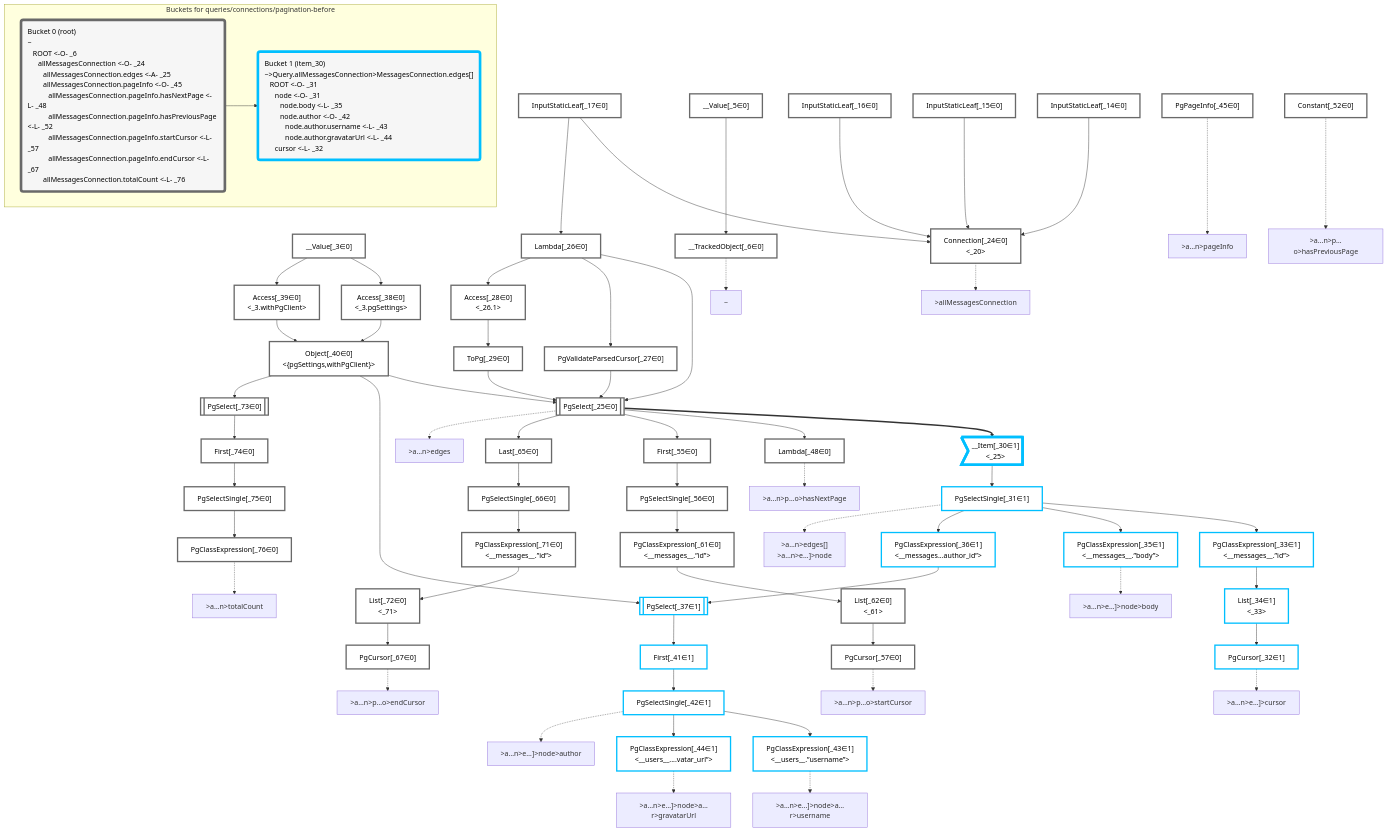
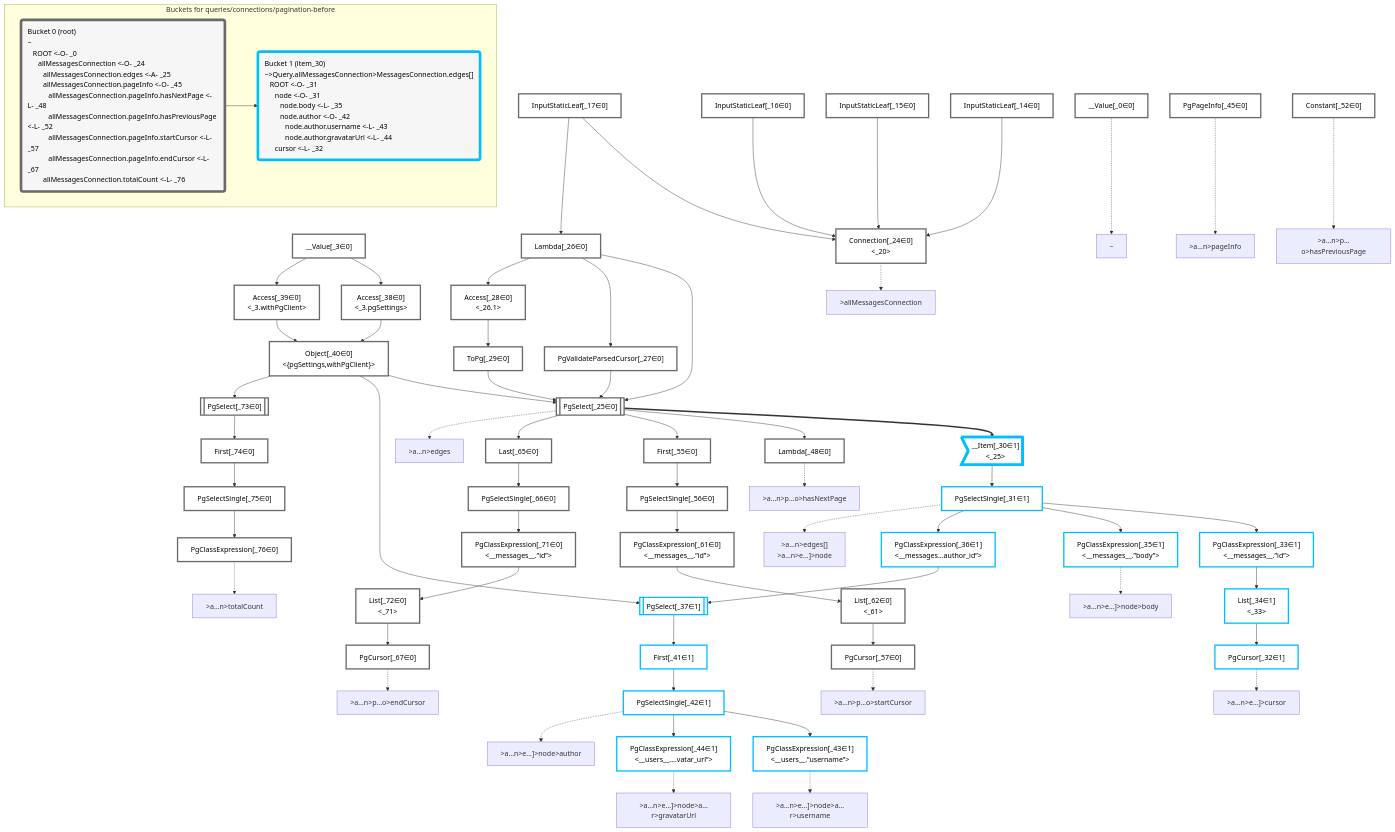
Before and after one commit to graphile/crystal: the diagram in packages/dataplan-pg/__tests__/queries/connections/pagination-before.deopt.mermaid.md, drawn with Mermaid. The commit also changed 193 other files, not shown here.

Commit message:
Update test plan snapshots with new root plan

```diff
--- a/packages/dataplan-pg/__tests__/queries/connections/pagination-before.deopt.mermaid.md
+++ b/packages/dataplan-pg/__tests__/queries/connections/pagination-before.deopt.mermaid.md
@@ -8,9 +8,8 @@
 
 
     %% define plans
+    __Value_0["__Value[_0∈0]"]:::plan
     __Value_3["__Value[_3∈0]<br /><context>"]:::plan
-    __Value_5["__Value[_5∈0]<br /><rootValue>"]:::plan
-    __TrackedObject_6["__TrackedObject[_6∈0]"]:::plan
     InputStaticLeaf_14["InputStaticLeaf[_14∈0]"]:::plan
     InputStaticLeaf_15["InputStaticLeaf[_15∈0]"]:::plan
     InputStaticLeaf_16["InputStaticLeaf[_16∈0]"]:::plan
@@ -55,7 +54,6 @@
     PgClassExpression_76["PgClassExpression[_76∈0]<br /><count(*)>"]:::plan
 
     %% plan dependencies
-    __Value_5 --> __TrackedObject_6
     InputStaticLeaf_14 --> Connection_24
     InputStaticLeaf_15 --> Connection_24
     InputStaticLeaf_16 --> Connection_24
@@ -102,8 +100,8 @@
     PgSelectSingle_75 --> PgClassExpression_76
 
     %% plan-to-path relationships
-    P_6["~"]
-    __TrackedObject_6 -.-> P_6
+    P_0["~"]
+    __Value_0 -.-> P_0
     P_24[">allMessagesConnection"]
     Connection_24 -.-> P_24
     P_25[">a…n>edges"]
@@ -135,12 +133,12 @@
 
     %% allocate buckets
     classDef bucket0 stroke:#696969
-    class __Value_3,__Value_5,__TrackedObject_6,InputStaticLeaf_14,InputStaticLeaf_15,InputStaticLeaf_16,InputStaticLeaf_17,Connection_24,PgSelect_25,Lambda_26,PgValidateParsedCursor_27,Access_28,ToPg_29,Access_38,Access_39,Object_40,PgPageInfo_45,Lambda_48,Constant_52,First_55,PgSelectSingle_56,PgCursor_57,PgClassExpression_61,List_62,Last_65,PgSelectSingle_66,PgCursor_67,PgClassExpression_71,List_72,PgSelect_73,First_74,PgSelectSingle_75,PgClassExpression_76 bucket0
+    class __Value_0,__Value_3,InputStaticLeaf_14,InputStaticLeaf_15,InputStaticLeaf_16,InputStaticLeaf_17,Connection_24,PgSelect_25,Lambda_26,PgValidateParsedCursor_27,Access_28,ToPg_29,Access_38,Access_39,Object_40,PgPageInfo_45,Lambda_48,Constant_52,First_55,PgSelectSingle_56,PgCursor_57,PgClassExpression_61,List_62,Last_65,PgSelectSingle_66,PgCursor_67,PgClassExpression_71,List_72,PgSelect_73,First_74,PgSelectSingle_75,PgClassExpression_76 bucket0
     classDef bucket1 stroke:#00bfff
     class __Item_30,PgSelectSingle_31,PgCursor_32,PgClassExpression_33,List_34,PgClassExpression_35,PgClassExpression_36,PgSelect_37,First_41,PgSelectSingle_42,PgClassExpression_43,PgClassExpression_44 bucket1
 
     subgraph "Buckets for queries/connections/pagination-before"
-    Bucket0("Bucket 0 (root)<br />~<br />⠀ROOT <-O- _6<br />⠀⠀allMessagesConnection <-O- _24<br />⠀⠀⠀allMessagesConnection.edges <-A- _25<br />⠀⠀⠀allMessagesConnection.pageInfo <-O- _45<br />⠀⠀⠀⠀allMessagesConnection.pageInfo.hasNextPage <-L- _48<br />⠀⠀⠀⠀allMessagesConnection.pageInfo.hasPreviousPage <-L- _52<br />⠀⠀⠀⠀allMessagesConnection.pageInfo.startCursor <-L- _57<br />⠀⠀⠀⠀allMessagesConnection.pageInfo.endCursor <-L- _67<br />⠀⠀⠀allMessagesConnection.totalCount <-L- _76"):::bucket
+    Bucket0("Bucket 0 (root)<br />~<br />⠀ROOT <-O- _0<br />⠀⠀allMessagesConnection <-O- _24<br />⠀⠀⠀allMessagesConnection.edges <-A- _25<br />⠀⠀⠀allMessagesConnection.pageInfo <-O- _45<br />⠀⠀⠀⠀allMessagesConnection.pageInfo.hasNextPage <-L- _48<br />⠀⠀⠀⠀allMessagesConnection.pageInfo.hasPreviousPage <-L- _52<br />⠀⠀⠀⠀allMessagesConnection.pageInfo.startCursor <-L- _57<br />⠀⠀⠀⠀allMessagesConnection.pageInfo.endCursor <-L- _67<br />⠀⠀⠀allMessagesConnection.totalCount <-L- _76"):::bucket
     style Bucket0 stroke:#696969
     Bucket1("Bucket 1 (item_30)<br />~>Query.allMessagesConnection>MessagesConnection.edges[]<br />⠀ROOT <-O- _31<br />⠀⠀node <-O- _31<br />⠀⠀⠀node.body <-L- _35<br />⠀⠀⠀node.author <-O- _42<br />⠀⠀⠀⠀node.author.username <-L- _43<br />⠀⠀⠀⠀node.author.gravatarUrl <-L- _44<br />⠀⠀cursor <-L- _32"):::bucket
     style Bucket1 stroke:#00bfff
```
